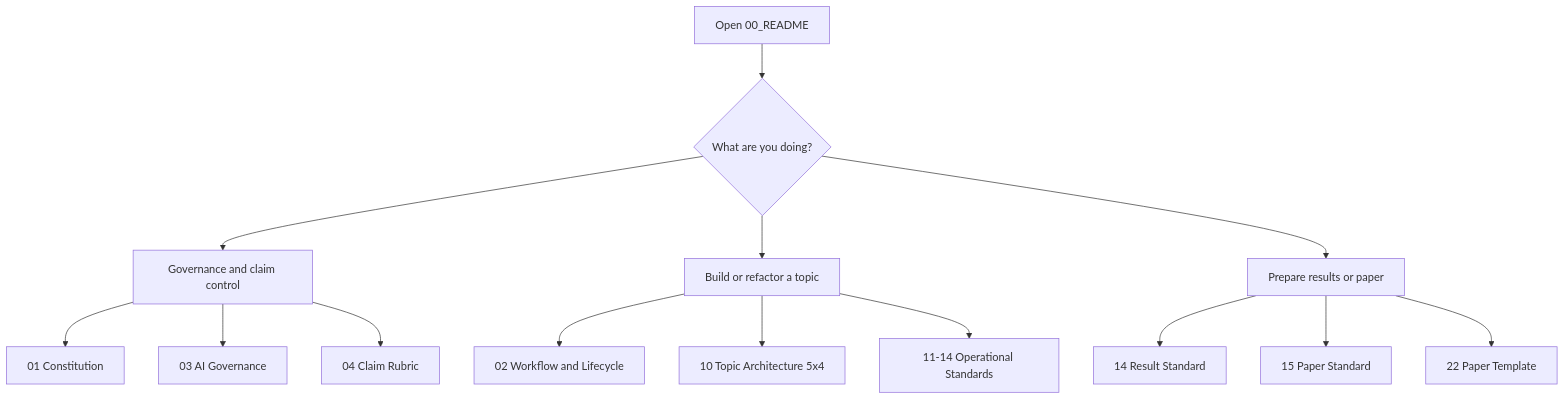
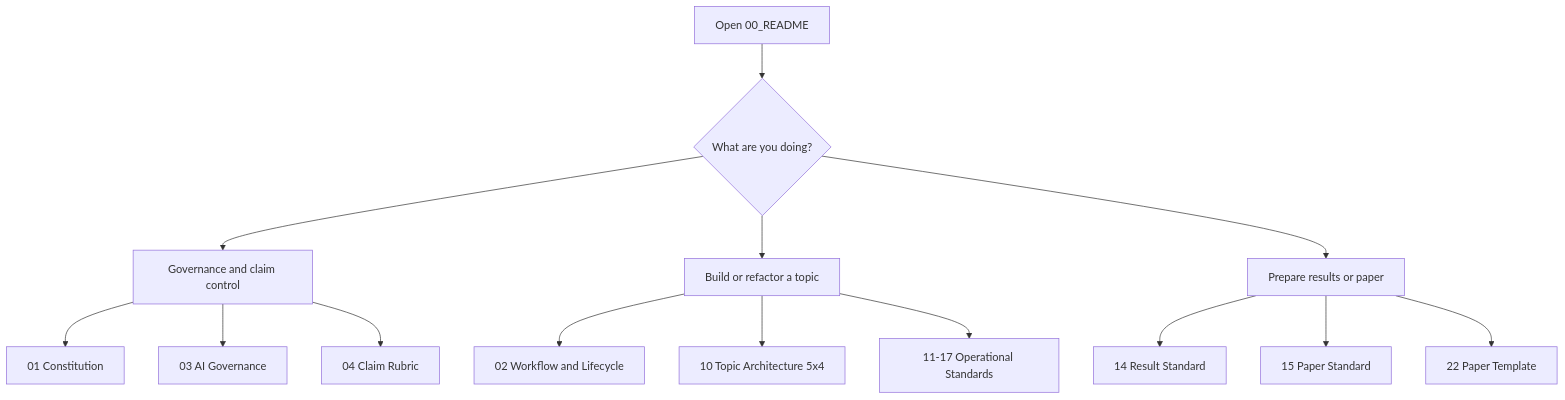
Before and after one commit to ellipszist/unityequilibriumtheory: the diagram in docs/topics/For Work/00_README.md, drawn with Mermaid. The commit also changed other lines of this file and 3347 other files, not shown here.

````diff
--- a/docs/topics/For Work/00_README.md
+++ b/docs/topics/For Work/00_README.md
@@ -26,16 +26,16 @@
 ```mermaid
 flowchart TD
     A["Open 00_README"] --> B{"What are you doing?"}
     B --> C["Governance and claim control"]
     B --> D["Build or refactor a topic"]
     B --> E["Prepare results or paper"]
     C --> F["01 Constitution"]
     C --> G["03 AI Governance"]
     C --> H["04 Claim Rubric"]
     D --> I["02 Workflow and Lifecycle"]
     D --> J["10 Topic Architecture 5x4"]
-    D --> K["11-14 Operational Standards"]
+    D --> K["11-17 Operational Standards"]
     E --> L["14 Result Standard"]
     E --> M["15 Paper Standard"]
     E --> N["22 Paper Template"]
 ```
````
